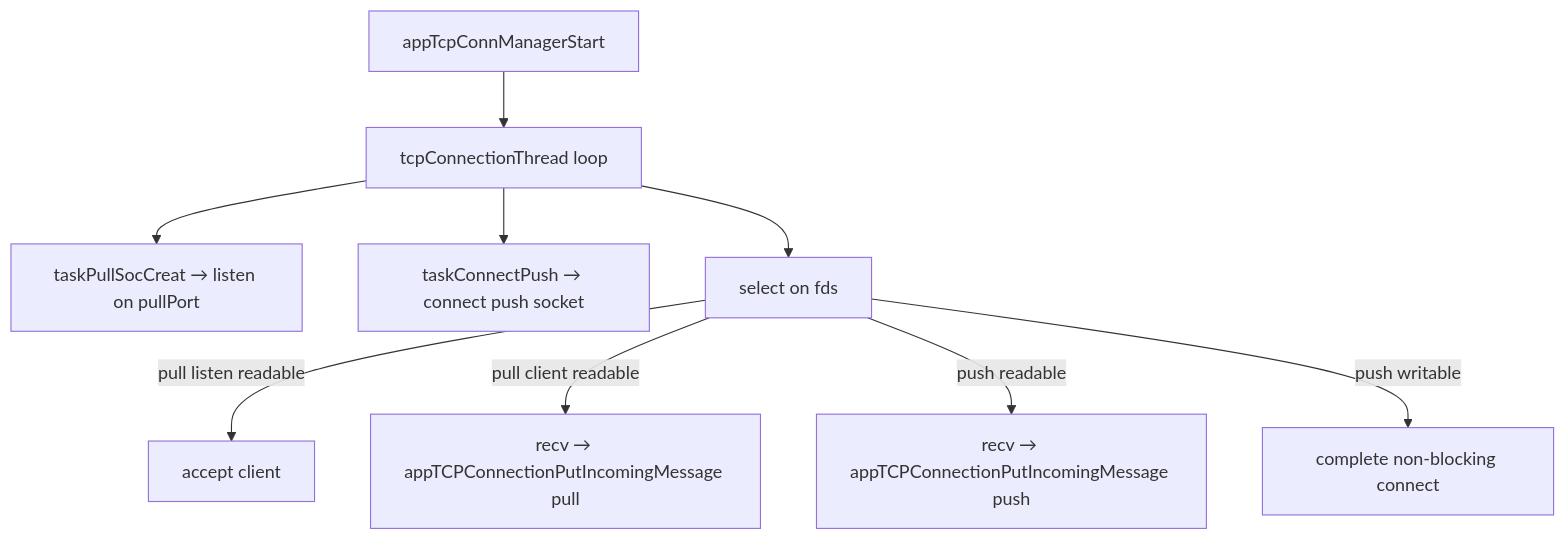
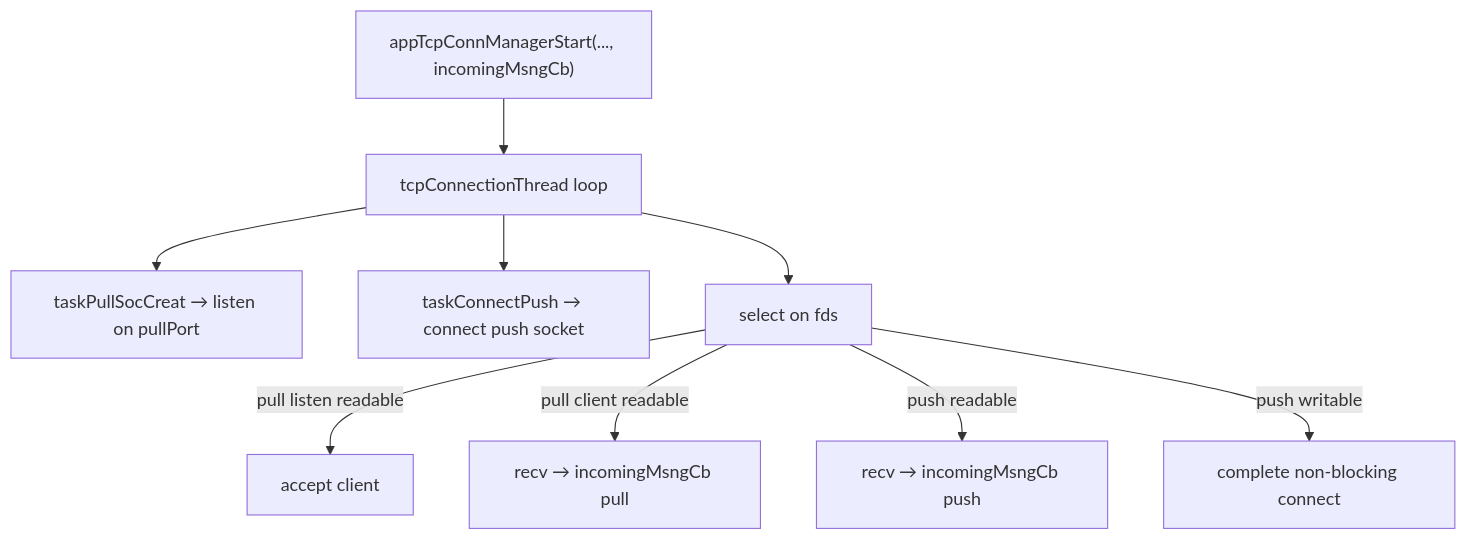
The fourth of 22 diagrams in docs/protocol/README_PRO.md (engZafer35/Aviora), drawn with Mermaid before and after one commit. The commit also changed other lines of this file and 18 other files, not shown here.

````diff
--- a/docs/protocol/README_PRO.md
+++ b/docs/protocol/README_PRO.md
@@ -111,11 +113,11 @@
 ```mermaid
 flowchart TD
-  START[appTcpConnManagerStart] --> THREAD[tcpConnectionThread loop]
+  START["appTcpConnManagerStart(..., incomingMsngCb)"] --> THREAD[tcpConnectionThread loop]
   THREAD --> PULL_CREATE[taskPullSocCreat → listen on pullPort]
   THREAD --> PUSH_REQ[taskConnectPush → connect push socket]
   THREAD --> SEL[select on fds]
   SEL -->|pull listen readable| ACC[accept client]
-  SEL -->|pull client readable| RECV_PULL[recv → appTCPConnectionPutIncomingMessage pull]
-  SEL -->|push readable| RECV_PUSH[recv → appTCPConnectionPutIncomingMessage push]
+  SEL -->|pull client readable| RECV_PULL["recv → incomingMsngCb pull"]
+  SEL -->|push readable| RECV_PUSH["recv → incomingMsngCb push"]
   SEL -->|push writable| HANDSHAKE[complete non-blocking connect]
 ```
````
